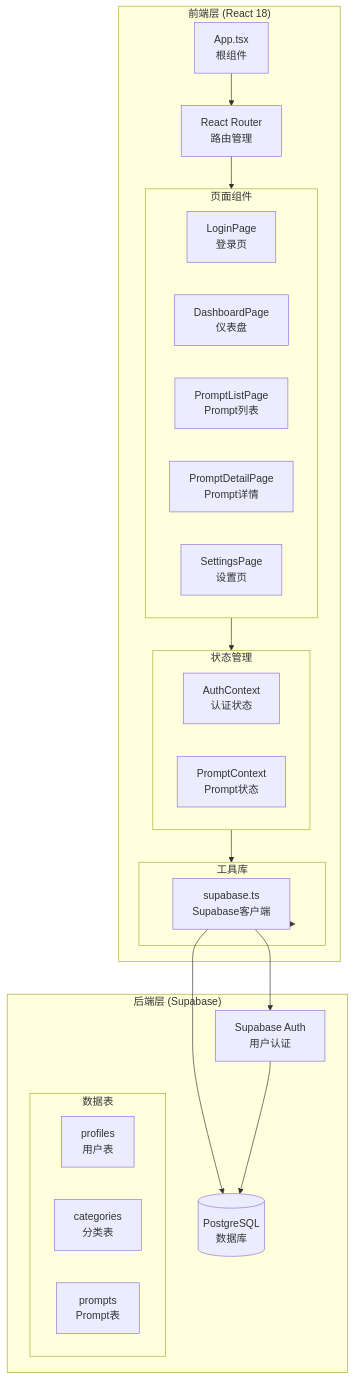
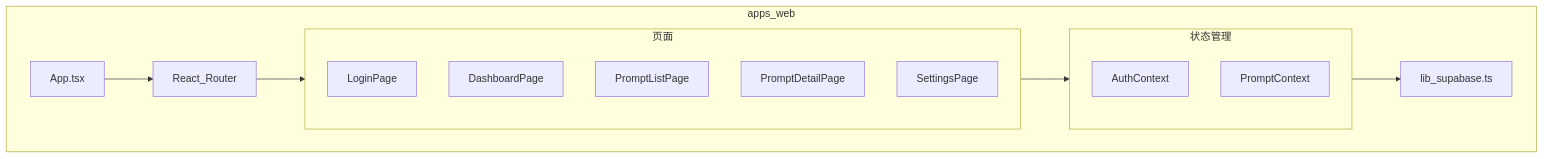
Before and after one commit to longlong007/PromptsManager: the second of 8 diagrams in note/arch.mmd, drawn with Mermaid. The commit also changed other lines of this file and 4 other files, not shown here.

Commit message:
doc：修改架构图，模块依赖图，目录树

````diff
--- a/note/arch.mmd
+++ b/note/arch.mmd
@@ -5,44 +43,22 @@
 ```mermaid
 graph TB
-    subgraph 前端层["前端层 (React 18)"]
-        App[App.tsx<br>根组件]
-        Router[React Router<br>路由管理]
-
-        subgraph Pages["页面组件"]
-            Login[LoginPage<br>登录页]
-            Dashboard[DashboardPage<br>仪表盘]
-            PromptList[PromptListPage<br>Prompt列表]
-            PromptDetail[PromptDetailPage<br>Prompt详情]
-            Settings[SettingsPage<br>设置页]
+    subgraph WebApp[apps_web]
+        App[App.tsx]
+        Router[React_Router]
+        subgraph Pages[页面]
+            Login[LoginPage]
+            Dashboard[DashboardPage]
+            PromptList[PromptListPage]
+            PromptDetail[PromptDetailPage]
+            Settings[SettingsPage]
         end
-
-        subgraph Contexts["状态管理"]
-            AuthCtx[AuthContext<br>认证状态]
-            PromptCtx[PromptContext<br>Prompt状态]
+        subgraph Contexts[状态管理]
+            AuthCtx[AuthContext]
+            PromptCtx[PromptContext]
         end
-
-        subgraph Lib["工具库"]
-            Supabase[supabase.ts<br>Supabase客户端]
-        end
+        Supabase[lib_supabase.ts]
     end
 
-    subgraph 后端层["后端层 (Supabase)"]
-        Auth[Supabase Auth<br>用户认证]
-        DB[(PostgreSQL<br>数据库)]
-
-        subgraph Tables["数据表"]
-            Profiles[profiles<br>用户表]
-            Categories[categories<br>分类表]
-            Prompts[prompts<br>Prompt表]
-        end
-    end
-
-    App --> Router
-    Router --> Pages
-    Pages --> Contexts
-    Contexts --> Lib
-    Lib --> Supabase
-    Supabase --> Auth
-    Supabase --> DB
-    Auth --> DB
+    App --> Router --> Pages
+    Pages --> Contexts --> Supabase
 ```
````
